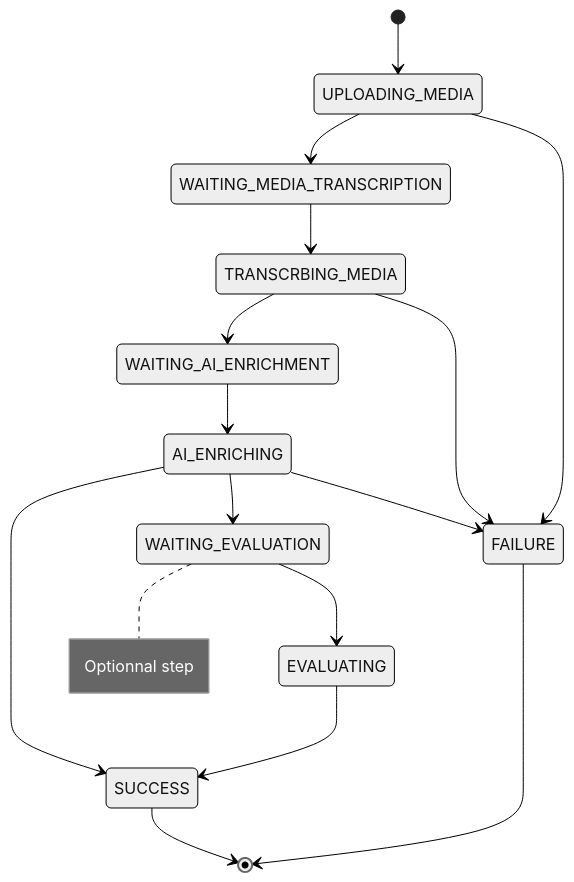
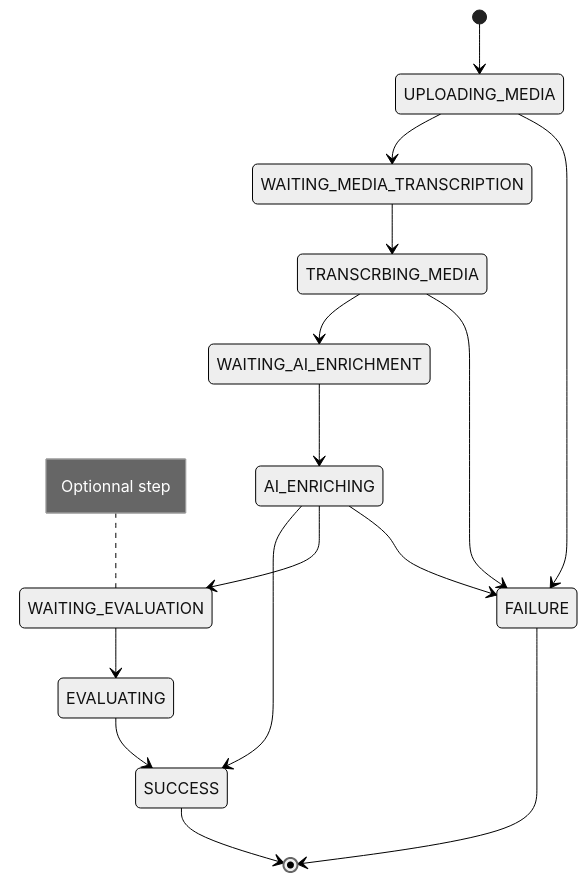
One commit to CentraleSupelec/aristote-api changed the first of 9 diagrams in docs/AristoteAPI_Client_guide.md. Above: the diagram before and after it, drawn with Mermaid (neutral theme).

````diff
--- a/docs/AristoteAPI_Client_guide.md
+++ b/docs/AristoteAPI_Client_guide.md
@@ -35,21 +35,21 @@
 ```mermaid
 stateDiagram-v2
    WAITING_EVALUATION: WAITING_EVALUATION
-   note right of WAITING_EVALUATION
+   note left of WAITING_EVALUATION
       Optionnal step
    end note
     [*] --> UPLOADING_MEDIA
     UPLOADING_MEDIA --> WAITING_MEDIA_TRANSCRIPTION
     WAITING_MEDIA_TRANSCRIPTION --> TRANSCRBING_MEDIA    
     TRANSCRBING_MEDIA --> WAITING_AI_ENRICHMENT
     WAITING_AI_ENRICHMENT --> AI_ENRICHING
     AI_ENRICHING --> SUCCESS
     AI_ENRICHING --> WAITING_EVALUATION
     WAITING_EVALUATION --> EVALUATING
     EVALUATING --> SUCCESS
     AI_ENRICHING --> FAILURE
     TRANSCRBING_MEDIA --> FAILURE
     UPLOADING_MEDIA --> FAILURE
     FAILURE --> [*]
     SUCCESS --> [*]
 ```
````
